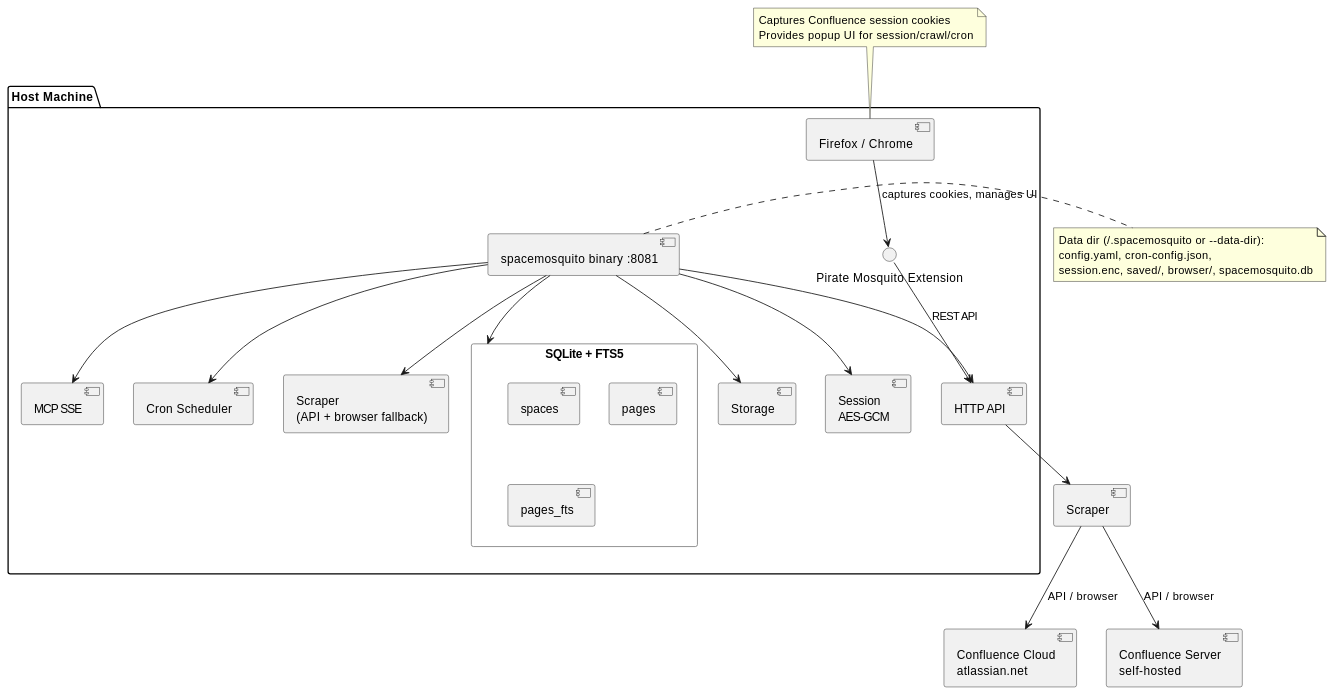
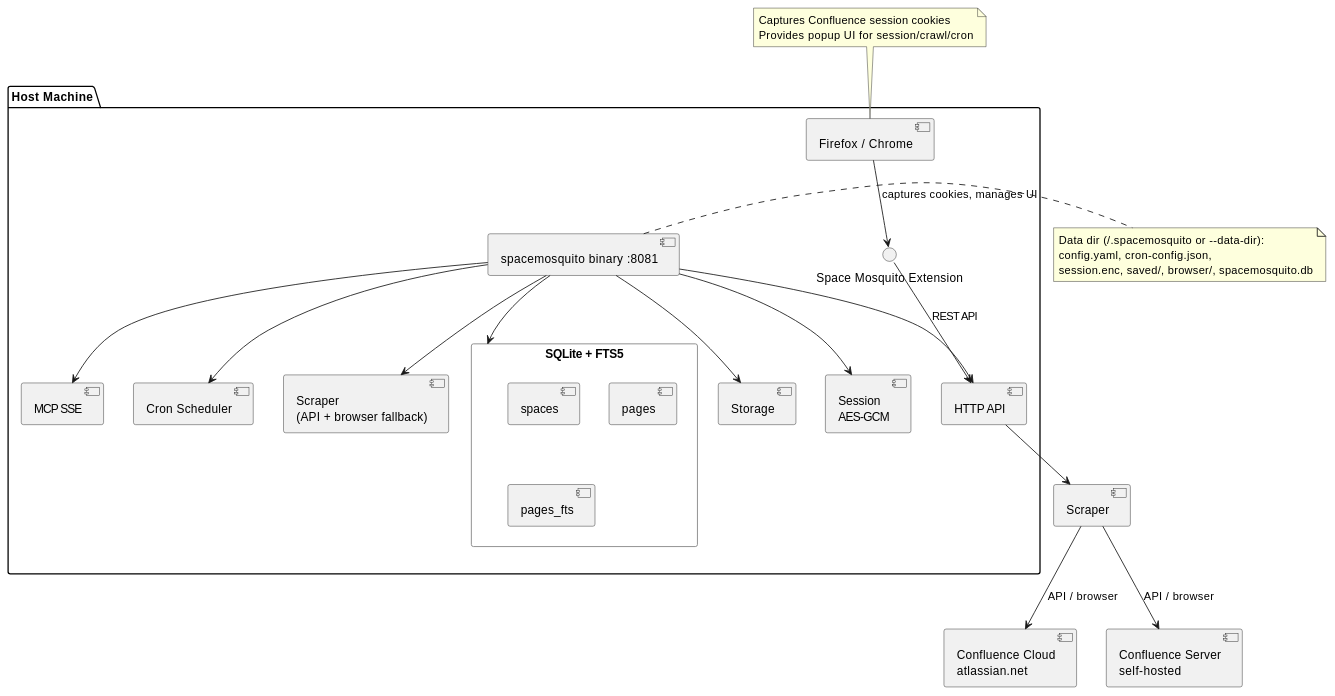
The diagram in docs/ARCHITECTURE.md (webdunesurfer/SpaceMosquito), drawn with PlantUML before and after one commit. The commit also changed 17 other files, not shown here.

````diff
--- a/docs/ARCHITECTURE.md
+++ b/docs/ARCHITECTURE.md
@@ -14,46 +14,46 @@
 ```plantuml
 @startuml
 skinparam componentStyle uml2
 skinparam rectangle {
   BackgroundColor white
   BorderColor gray
 }
 
 package "Host Machine" {
   [Firefox / Chrome] as browser
-  browser --> "Pirate Mosquito Extension" : captures cookies, manages UI
+  browser --> "Space Mosquito Extension" : captures cookies, manages UI
 
   [spacemosquito binary :8081] as app
   app --> [HTTP API]
   app --> [MCP SSE]
   app --> [Cron Scheduler]
   app --> [Scraper\n(API + browser fallback)]
   app --> [Storage]
   app --> [Session\nAES-GCM]
 
   rectangle "SQLite + FTS5" as db {
     [spaces]
     [pages]
     [pages_fts]
   }
 }
 
-[Pirate Mosquito Extension] --> [HTTP API] : REST API
+[Space Mosquito Extension] --> [HTTP API] : REST API
 [HTTP API] --> [Scraper]
 [Scraper] --> [Confluence Cloud\natlassian.net] : API / browser
 [Scraper] --> [Confluence Server\nself-hosted] : API / browser
 [app] --> [db]
 
 note top of browser
   Captures Confluence session cookies
   Provides popup UI for session/crawl/cron
 end note
 
 note right of app
   Data dir (~/.spacemosquito or --data-dir):
   config.yaml, cron-config.json,
   session.enc, saved/, browser/, spacemosquito.db
 end note
 
 @enduml
 ```
````
